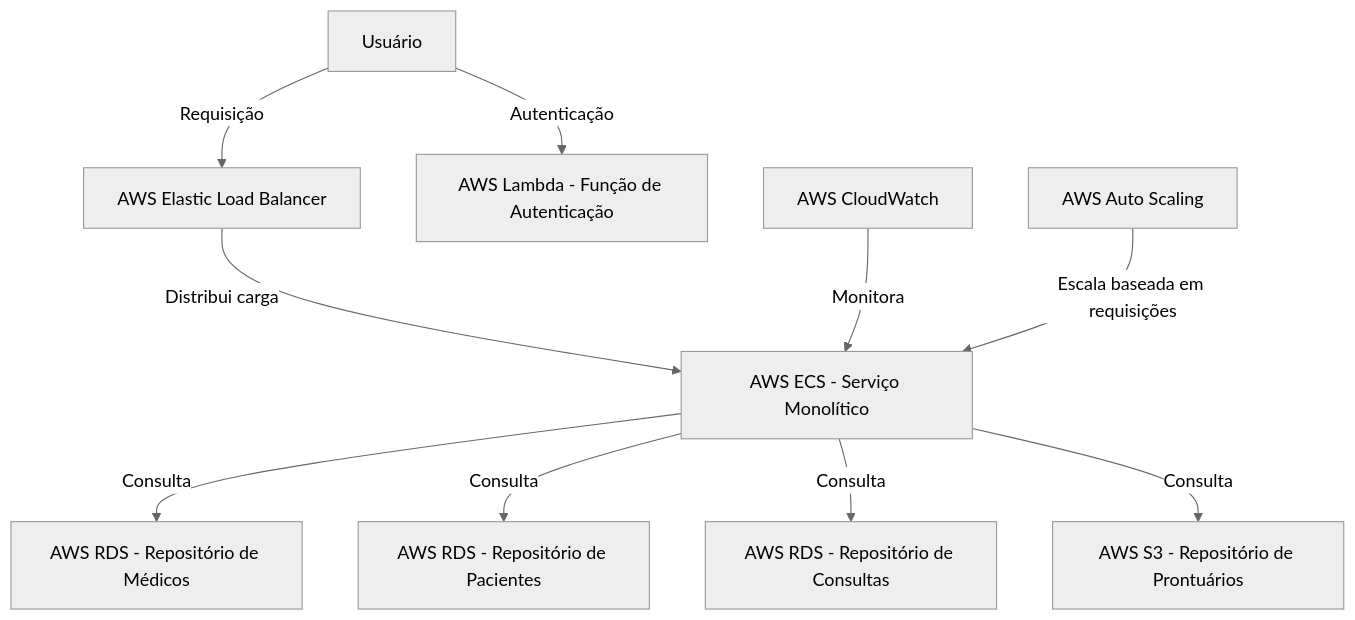
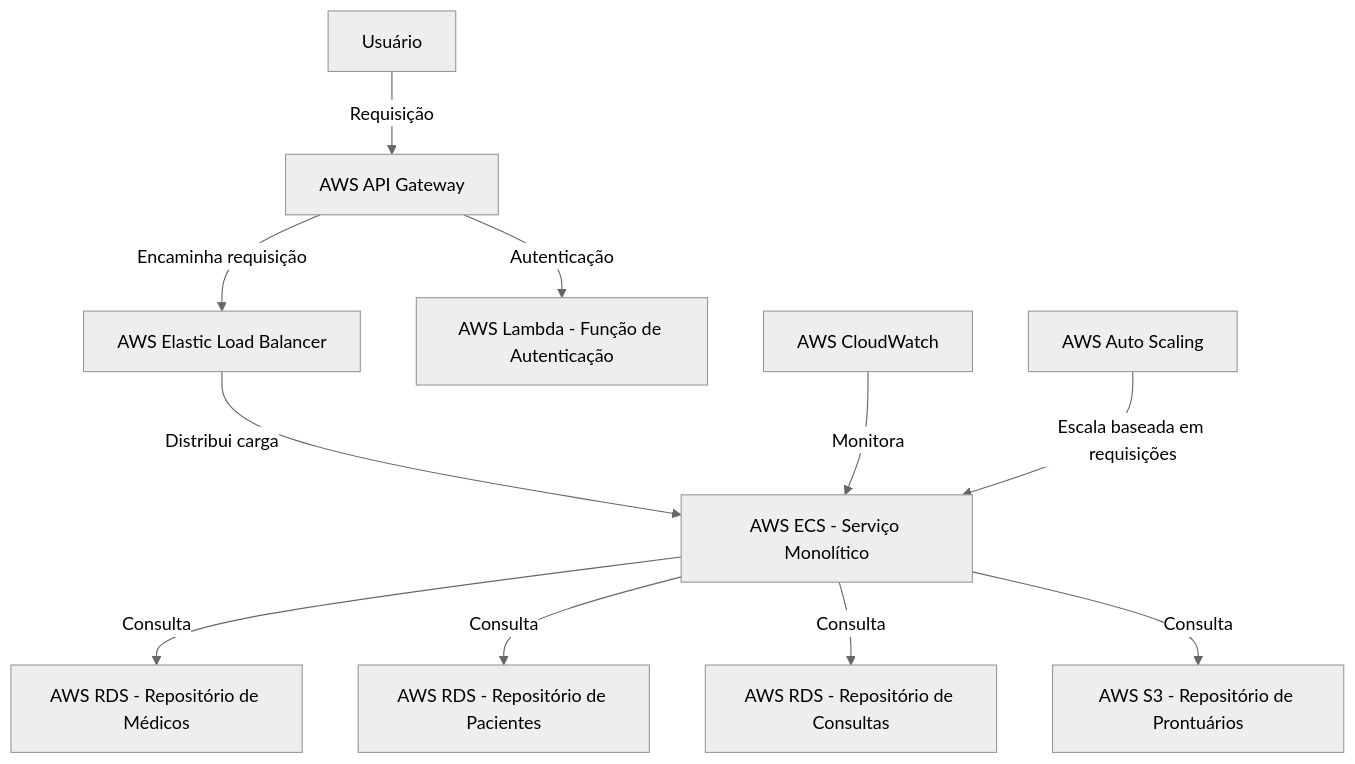
One commit to kschltz/fiap-hackathon changed the diagram in doc/cloud_infra.md. Above: the diagram before and after it, drawn with Mermaid (neutral theme). The commit also changed other lines of this file and 2 other files, not shown here.

````diff
--- a/doc/cloud_infra.md
+++ b/doc/cloud_infra.md
@@ -3,12 +21,13 @@
 ```mermaid 
 graph TB
-    A[Usuário] -->|Requisição| B[AWS Elastic Load Balancer]
-    B -->|Distribui carga| D[AWS ECS - Serviço Monolítico]
+    A[Usuário] -->|Requisição| B[AWS API Gateway]
+    B -->|Encaminha requisição| C[AWS Elastic Load Balancer]
+    C -->|Distribui carga| D[AWS ECS - Serviço Monolítico]
     D -->|Consulta| G[AWS RDS - Repositório de Médicos]
     D -->|Consulta| H[AWS RDS - Repositório de Pacientes]
     D -->|Consulta| I[AWS RDS - Repositório de Consultas]
     D -->|Consulta| J[AWS S3 - Repositório de Prontuários]
-    A -->|Autenticação| E[AWS Lambda - Função de Autenticação]
+    B -->|Autenticação| E[AWS Lambda - Função de Autenticação]
     M[AWS CloudWatch] -->|Monitora| D
     N[AWS Auto Scaling] -->|Escala baseada em requisições| D
 ```
````
